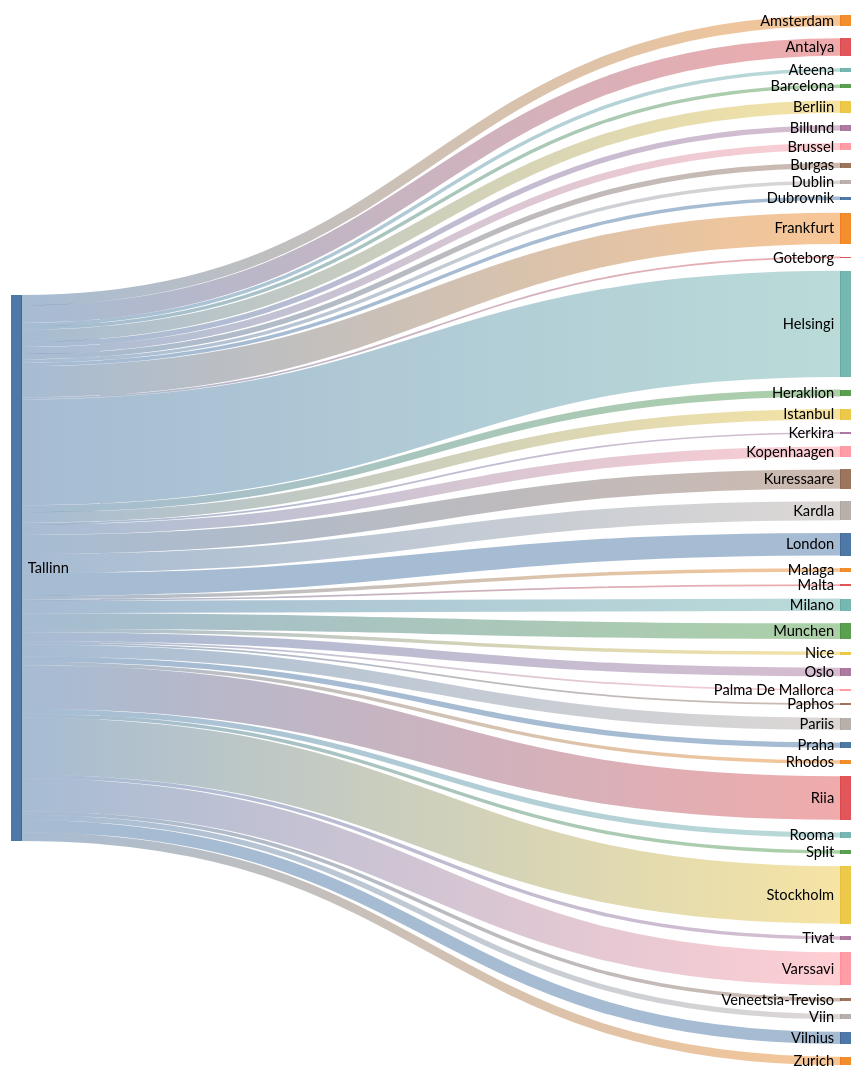
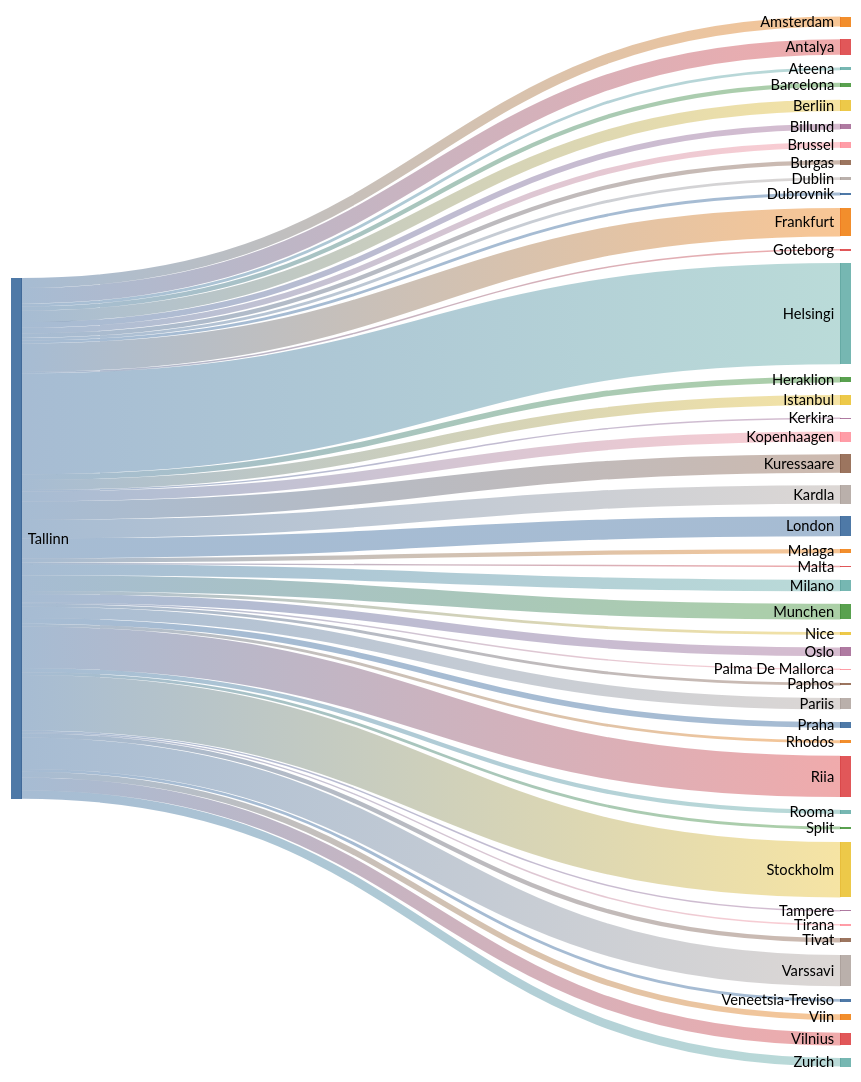
The second of 2 diagrams in README.md (rainermesi/tll-airport-departures), drawn with Mermaid (neutral theme) before and after one commit. The commit also changed other lines of this file, not shown here.

````diff
--- a/README.md
+++ b/README.md
@@ -24,54 +24,56 @@
 ```mermaid
 ---
 config:
   sankey:
     showValues: false
     width: 800
     height: 1000
 ---
 sankey-beta
 %% source,target,value
-Tallinn,Amsterdam,6
-Tallinn,Antalya,10
+Tallinn,Amsterdam,7
+Tallinn,Antalya,11
 Tallinn,Ateena,2
-Tallinn,Barcelona,2
-Tallinn,Berliin,7
-Tallinn,Billund,3
+Tallinn,Barcelona,3
+Tallinn,Berliin,8
+Tallinn,Billund,4
 Tallinn,Brussel,4
 Tallinn,Burgas,3
 Tallinn,Dublin,2
 Tallinn,Dubrovnik,2
-Tallinn,Frankfurt,18
+Tallinn,Frankfurt,20
 Tallinn,Goteborg,1
-Tallinn,Helsingi,61
+Tallinn,Helsingi,71
 Tallinn,Heraklion,4
-Tallinn,Istanbul,6
+Tallinn,Istanbul,7
 Tallinn,Kerkira,1
-Tallinn,Kopenhaagen,6
-Tallinn,Kuressaare,11
-Tallinn,Kardla,11
-Tallinn,London,13
-Tallinn,Malaga,2
+Tallinn,Kopenhaagen,7
+Tallinn,Kuressaare,13
+Tallinn,Kardla,13
+Tallinn,London,14
+Tallinn,Malaga,3
 Tallinn,Malta,1
-Tallinn,Milano,7
-Tallinn,Munchen,9
+Tallinn,Milano,8
+Tallinn,Munchen,11
 Tallinn,Nice,2
-Tallinn,Oslo,5
+Tallinn,Oslo,6
 Tallinn,Palma De Mallorca,1
-Tallinn,Paphos,1
-Tallinn,Pariis,7
-Tallinn,Praha,3
+Tallinn,Paphos,2
+Tallinn,Pariis,8
+Tallinn,Praha,4
 Tallinn,Rhodos,2
-Tallinn,Riia,25
+Tallinn,Riia,29
 Tallinn,Rooma,3
 Tallinn,Split,2
-Tallinn,Stockholm,33
-Tallinn,Tivat,2
-Tallinn,Varssavi,19
+Tallinn,Stockholm,39
+Tallinn,Tampere,1
+Tallinn,Tirana,1
+Tallinn,Tivat,3
+Tallinn,Varssavi,22
 Tallinn,Veneetsia-Treviso,2
-Tallinn,Viin,3
-Tallinn,Vilnius,7
-Tallinn,Zurich,5
+Tallinn,Viin,4
+Tallinn,Vilnius,9
+Tallinn,Zurich,6
 
 
 ```
````
